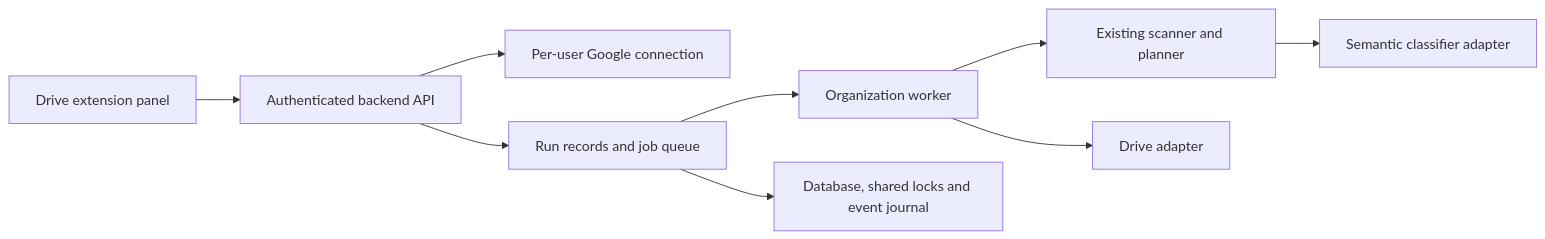
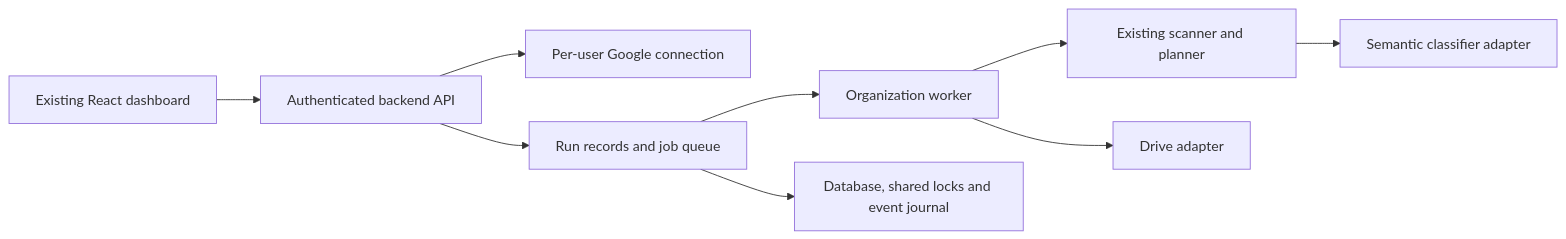
One commit to skwagz/Braino changed the third of 3 diagrams in docs/architecture.md. Above: the diagram before and after it, drawn with Mermaid. The commit also changed other lines of this file and 17 other files, not shown here.

First line of the commit message:
feat(backend): ✨ Add semantic classification and persistent API workflows

````diff
--- a/docs/architecture.md
+++ b/docs/architecture.md
@@ -246,11 +257,11 @@
 ```mermaid
 flowchart LR
-  Extension[Drive extension panel] --> API[Authenticated backend API]
+  Dashboard[Existing React dashboard] --> API[Authenticated backend API]
   API --> Auth[Per-user Google connection]
   API --> Runs[Run records and job queue]
   Runs --> Worker[Organization worker]
   Worker --> Core[Existing scanner and planner]
   Core --> Model[Semantic classifier adapter]
   Worker --> Drive[Drive adapter]
   Runs --> DB[Database, shared locks and event journal]
 ```
````
